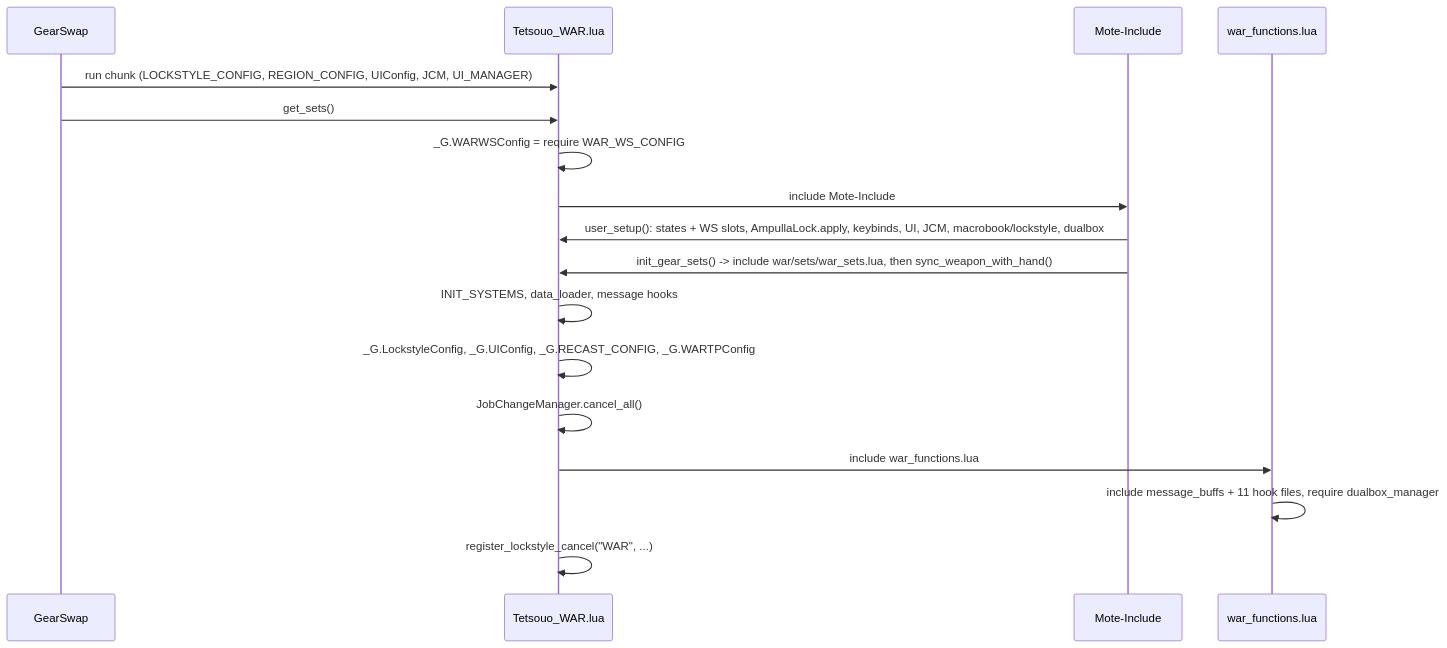
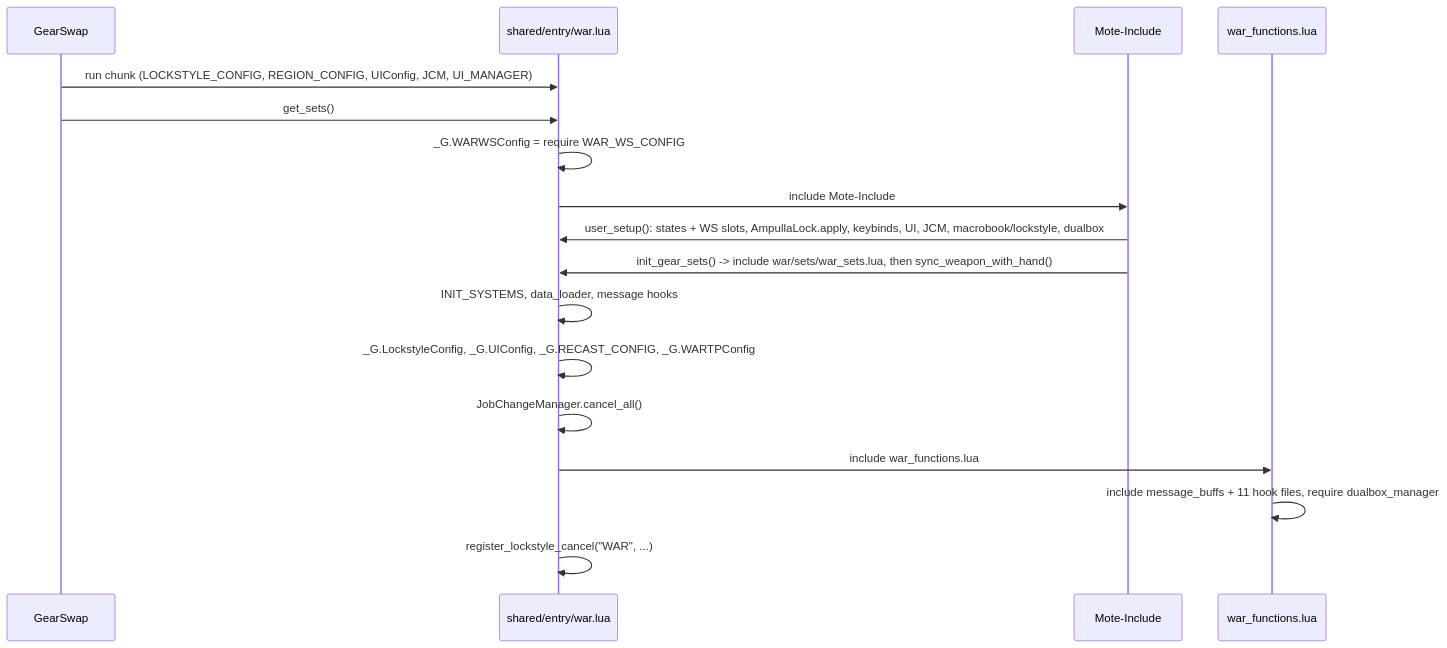
One commit to ejouanchicot/Gearswap changed the first of 2 diagrams in docs/dev/jobs/war.md. Above: the diagram before and after it, drawn with Mermaid. The commit also changed other lines of this file and 94 other files, not shown here.

First line of the commit message:
docs: 22 jobs, 2 s / 3 s reload, the 2026-09-30 folder layout, shared/entry entry points

````diff
--- a/docs/dev/jobs/war.md
+++ b/docs/dev/jobs/war.md
@@ -102,19 +101,19 @@
 ```mermaid
 sequenceDiagram
     participant GS as GearSwap
-    participant E as Tetsouo_WAR.lua
+    participant E as shared/entry/war.lua
     participant M as Mote-Include
     participant F as war_functions.lua
     GS->>E: run chunk (LOCKSTYLE_CONFIG, REGION_CONFIG, UIConfig, JCM, UI_MANAGER)
     GS->>E: get_sets()
     E->>E: _G.WARWSConfig = require WAR_WS_CONFIG
     E->>M: include Mote-Include
     M->>E: user_setup(): states + WS slots, AmpullaLock.apply, keybinds, UI, JCM, macrobook/lockstyle, dualbox
     M->>E: init_gear_sets() -> include war/sets/war_sets.lua, then sync_weapon_with_hand()
     E->>E: INIT_SYSTEMS, data_loader, message hooks
     E->>E: _G.LockstyleConfig, _G.UIConfig, _G.RECAST_CONFIG, _G.WARTPConfig
     E->>E: JobChangeManager.cancel_all()
     E->>F: include war_functions.lua
     F->>F: include message_buffs + 11 hook files, require dualbox_manager
     E->>E: register_lockstyle_cancel("WAR", ...)
 ```
````
